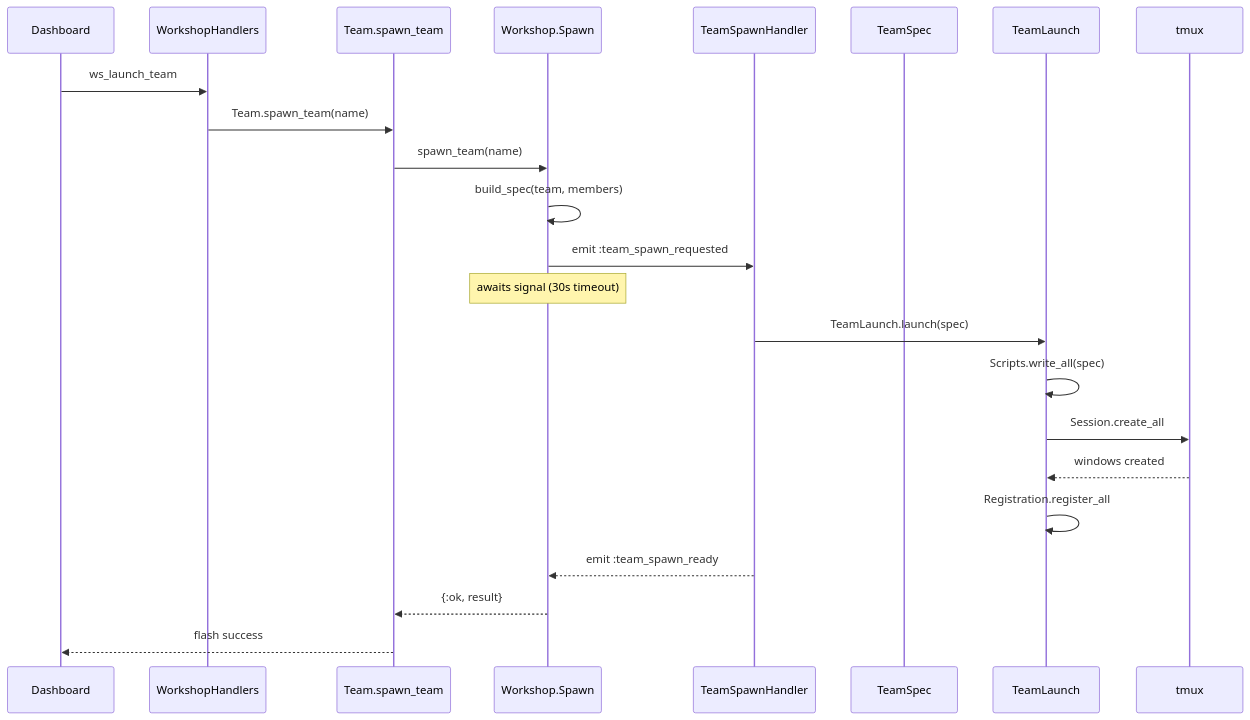
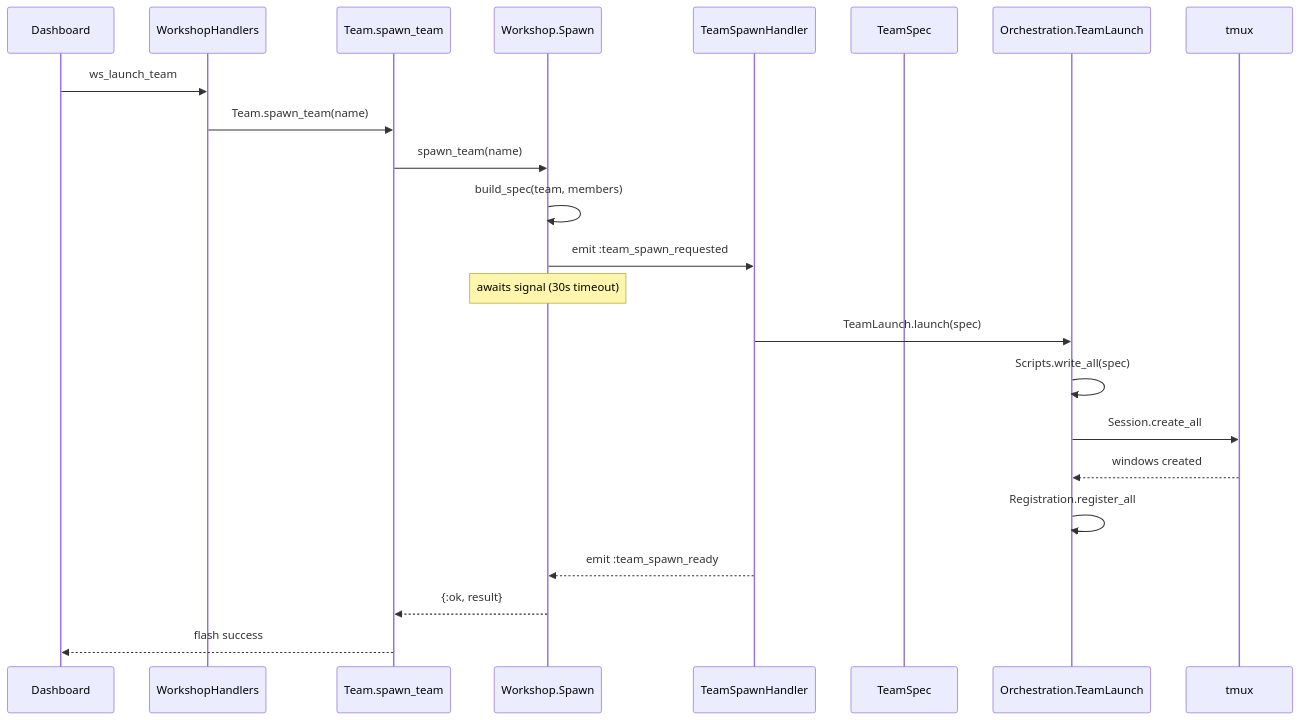
Before and after one commit to architects-of-type-IV/agent-observatory: the seventh of 21 diagrams in docs/diagrams/architecture.md, drawn with Mermaid. The commit also changed other lines of this file and 7 other files, not shown here.

First line of the commit message:
docs: sync all architecture docs to hexagonal reorg final state

````diff
--- a/docs/diagrams/architecture.md
+++ b/docs/diagrams/architecture.md
@@ -328,26 +350,26 @@
 ```mermaid
 sequenceDiagram
     participant UI as Dashboard
     participant WH as WorkshopHandlers
     participant Ash as Team.spawn_team
     participant WS as Workshop.Spawn
     participant TSH as TeamSpawnHandler
     participant TS as TeamSpec
-    participant TL as TeamLaunch
+    participant TL as Orchestration.TeamLaunch
     participant Tmux as tmux
 
     UI->>WH: ws_launch_team
     WH->>Ash: Team.spawn_team(name)
     Ash->>WS: spawn_team(name)
     WS->>WS: build_spec(team, members)
     WS->>TSH: emit :team_spawn_requested
     Note over WS: awaits signal (30s timeout)
     TSH->>TL: TeamLaunch.launch(spec)
     TL->>TL: Scripts.write_all(spec)
     TL->>Tmux: Session.create_all
     Tmux-->>TL: windows created
     TL->>TL: Registration.register_all
     TSH-->>WS: emit :team_spawn_ready
     WS-->>Ash: {:ok, result}
     Ash-->>UI: flash success
 ```
````
